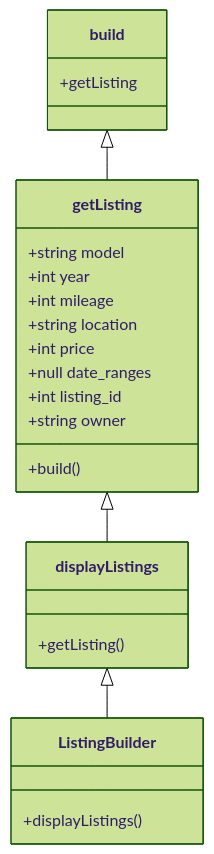
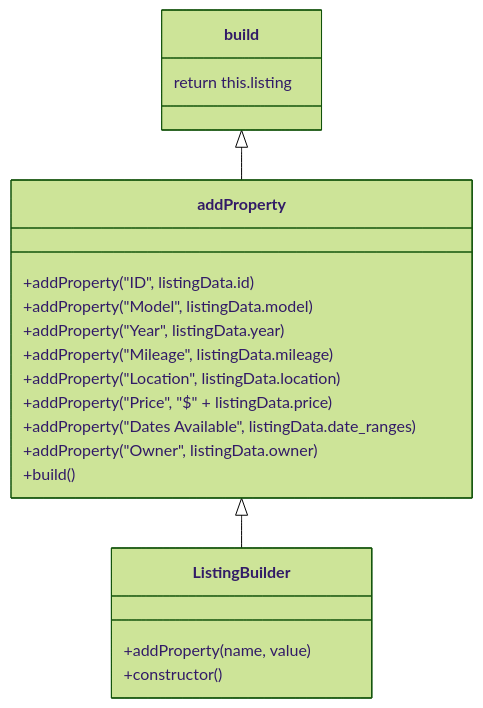
The first of 6 diagrams in docs/UML.md (andyblarblar/DriveShareWeb), drawn with Mermaid (forest theme) before and after one commit.

````diff
--- a/docs/UML.md
+++ b/docs/UML.md
@@ -5,24 +5,22 @@
 ```mermaid
 classDiagram
-    getListing <|-- displayListings
-    displayListings <|-- ListingBuilder
-    build <|-- getListing
-    ListingBuilder: +displayListings()
-    class displayListings{
-        +getListing()
+    addProperty <|-- ListingBuilder
+
+    build <|-- addProperty
+    ListingBuilder: +addProperty(name, value)
+    ListingBuilder: +constructor()
+    class build{
+        return this.listing
     }
-    class getListing{
-        +string model
-        +int year
-        +int mileage
-        +string location
-        +int price
-        +null date_ranges
-        +int listing_id
-        +string owner
-        +build()        
-    }
-    class build{
-        +getListing
+    class addProperty{
+        +addProperty("ID", listingData.id)
+        +addProperty("Model", listingData.model)
+        +addProperty("Year", listingData.year)
+        +addProperty("Mileage", listingData.mileage)
+        +addProperty("Location", listingData.location)
+        +addProperty("Price", "$" + listingData.price)
+        +addProperty("Dates Available", listingData.date_ranges)
+        +addProperty("Owner", listingData.owner)
+        +build()
     }
 ```
````
